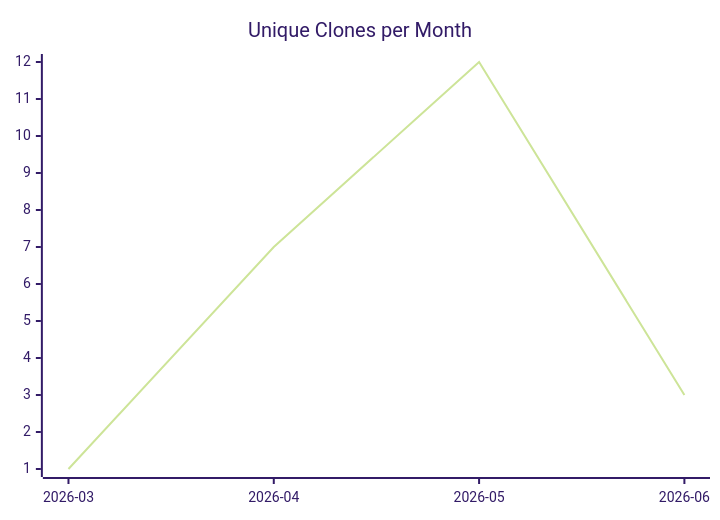
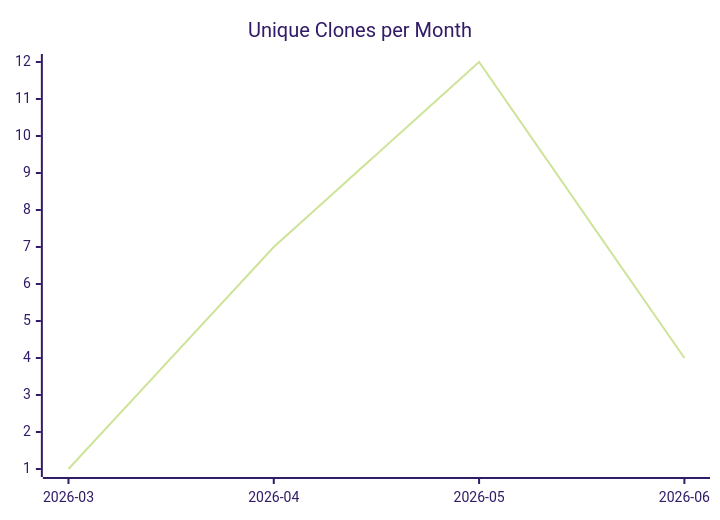
One commit to justdavis-family/github-analytics-data changed the third of 3 diagrams in karlmdavis/sample-maven-and-rcp/README.md. Above: the diagram before and after it, drawn with Mermaid (forest theme). The commit also changed other lines of this file and 195 other files, not shown here.

````diff
--- a/karlmdavis/sample-maven-and-rcp/README.md
+++ b/karlmdavis/sample-maven-and-rcp/README.md
@@ -19,6 +19,6 @@
 ```mermaid
 xychart-beta
   title "Unique Clones per Month"
   x-axis ["2026-03", "2026-04", "2026-05", "2026-06"]
-  line [1, 7, 12, 3]
+  line [1, 7, 12, 4]
 ```
````
